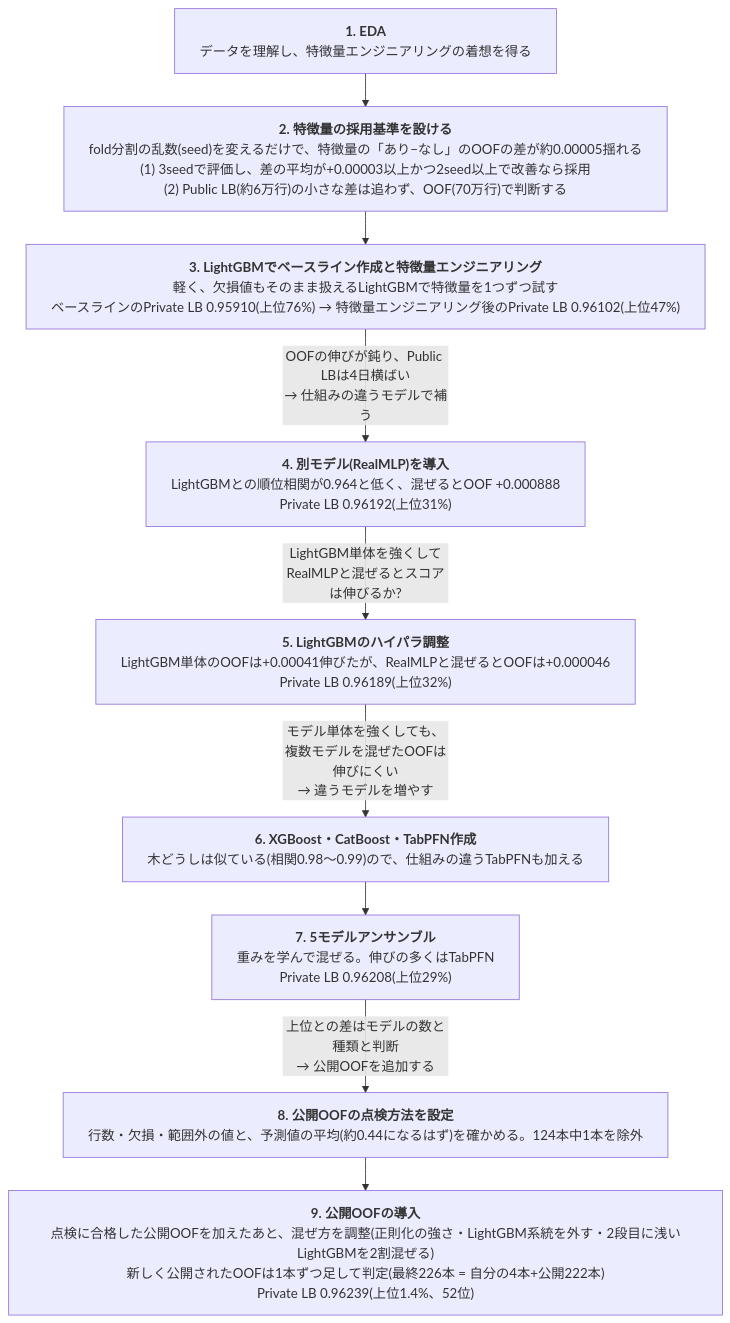
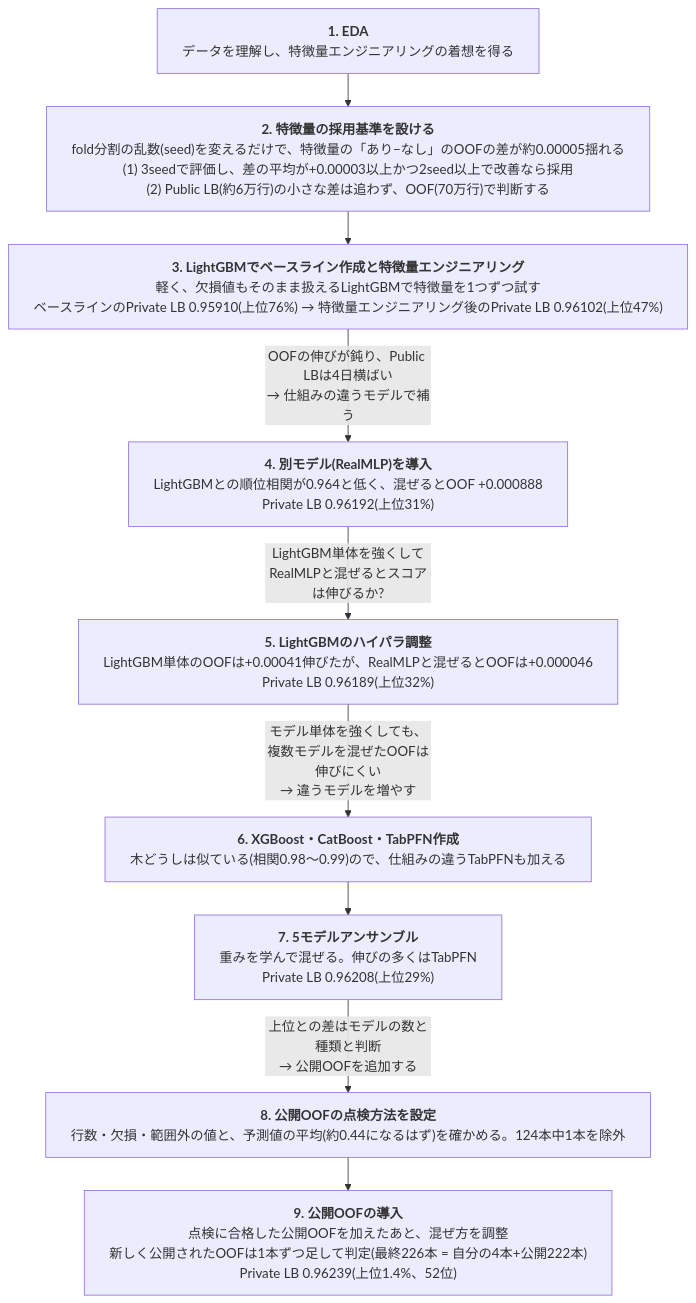
Before and after one commit to aramaki5443-art/kaggle-s6e10-airline-satisfaction: the first of 3 diagrams in README.md, drawn with Mermaid.

Commit message:
README: フロー図9の箱の括弧を削除
Claude-Session: https://claude.ai/code/session_01W4XQw12fApd9PttvvKTwbS

````diff
--- a/README.md
+++ b/README.md
@@ -21,24 +21,24 @@
 ```mermaid
 ---
 config:
   flowchart:
     wrappingWidth: 800
     rankSpacing: 40
 ---
 flowchart TD
   S1["<b>1. EDA</b><br>データを理解し、特徴量エンジニアリングの着想を得る"]
   SC["<b>2. 特徴量の採用基準を設ける</b><br>fold分割の乱数(seed)を変えるだけで、特徴量の「あり−なし」のOOFの差が約0.00005揺れる<br>(1) 3seedで評価し、差の平均が+0.00003以上かつ2seed以上で改善なら採用<br>(2) Public LB(約6万行)の小さな差は追わず、OOF(70万行)で判断する"]
   S2["<b>3. LightGBMでベースライン作成と特徴量エンジニアリング</b><br>軽く、欠損値もそのまま扱えるLightGBMで特徴量を1つずつ試す<br>ベースラインのPrivate LB 0.95910(上位76%) → 特徴量エンジニアリング後のPrivate LB 0.96102(上位47%)"]
   S3["<b>4. 別モデル(RealMLP)を導入</b><br>LightGBMとの順位相関が0.964と低く、混ぜるとOOF +0.000888<br>Private LB 0.96192(上位31%)"]
   S4["<b>5. LightGBMのハイパラ調整</b><br>LightGBM単体のOOFは+0.00041伸びたが、RealMLPと混ぜるとOOFは+0.000046<br>Private LB 0.96189(上位32%)"]
   S5["<b>6. XGBoost・CatBoost・TabPFN作成</b><br>木どうしは似ている(相関0.98〜0.99)ので、仕組みの違うTabPFNも加える"]
   S6["<b>7. 5モデルアンサンブル</b><br>重みを学んで混ぜる。伸びの多くはTabPFN<br>Private LB 0.96208(上位29%)"]
   SK["<b>8. 公開OOFの点検方法を設定</b><br>行数・欠損・範囲外の値と、予測値の平均(約0.44になるはず)を確かめる。124本中1本を除外"]
-  S7["<b>9. 公開OOFの導入</b><br>点検に合格した公開OOFを加えたあと、混ぜ方を調整(正則化の強さ・LightGBM系統を外す・2段目に浅いLightGBMを2割混ぜる)<br>新しく公開されたOOFは1本ずつ足して判定(最終226本 = 自分の4本+公開222本)<br>Private LB 0.96239(上位1.4%、52位)"]
+  S7["<b>9. 公開OOFの導入</b><br>点検に合格した公開OOFを加えたあと、混ぜ方を調整<br>新しく公開されたOOFは1本ずつ足して判定(最終226本 = 自分の4本+公開222本)<br>Private LB 0.96239(上位1.4%、52位)"]
   S1 --> SC --> S2
   S2 -->|"OOFの伸びが鈍り、Public LBは4日横ばい<br>→ 仕組みの違うモデルで補う"| S3
   S3 -->|"LightGBM単体を強くしてRealMLPと混ぜるとスコアは伸びるか?"| S4
   S4 -->|"モデル単体を強くしても、複数モデルを混ぜたOOFは伸びにくい<br>→ 違うモデルを増やす"| S5
   S5 --> S6
   S6 -->|"上位との差はモデルの数と種類と判断<br>→ 公開OOFを追加する"| SK --> S7
 ```
````
